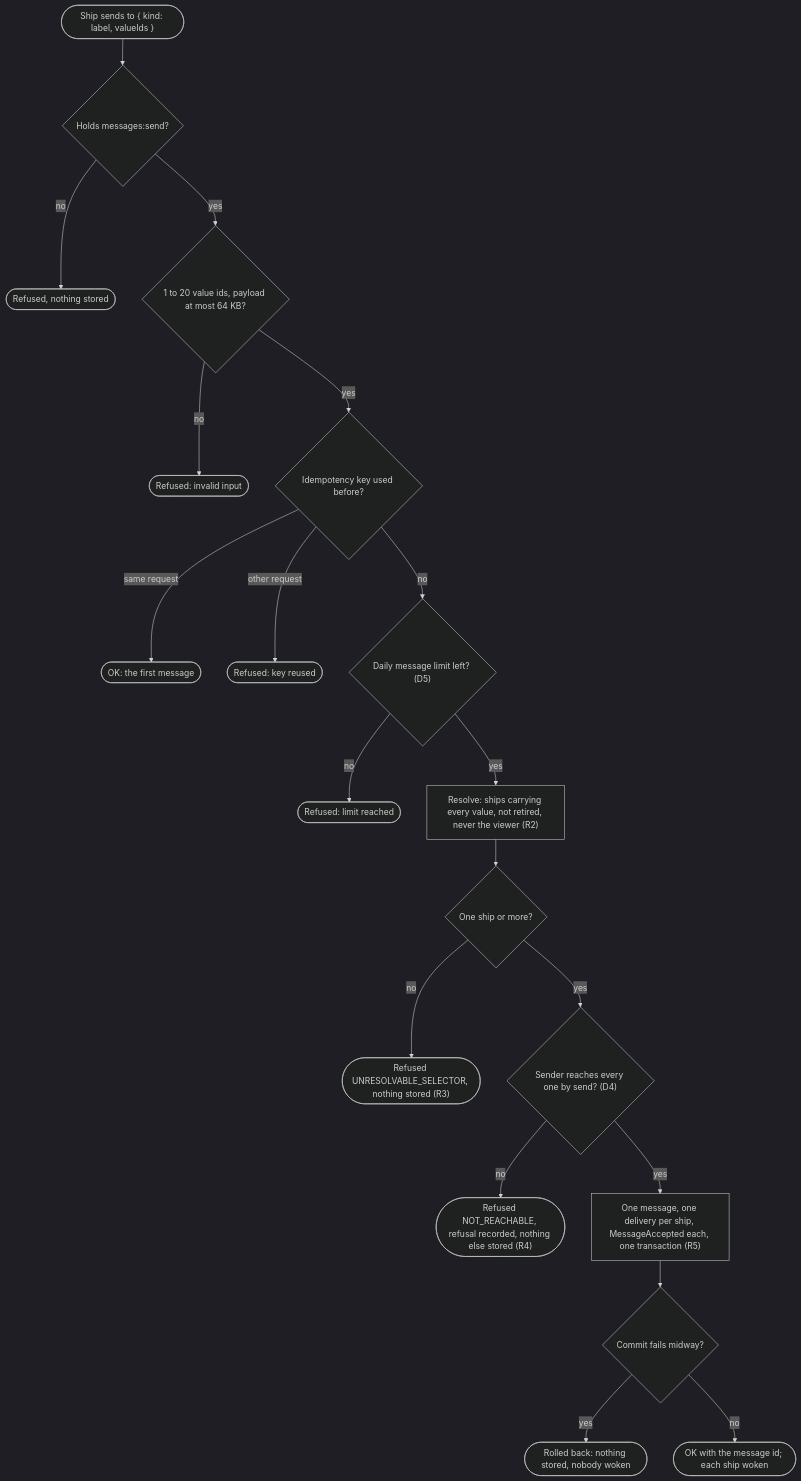
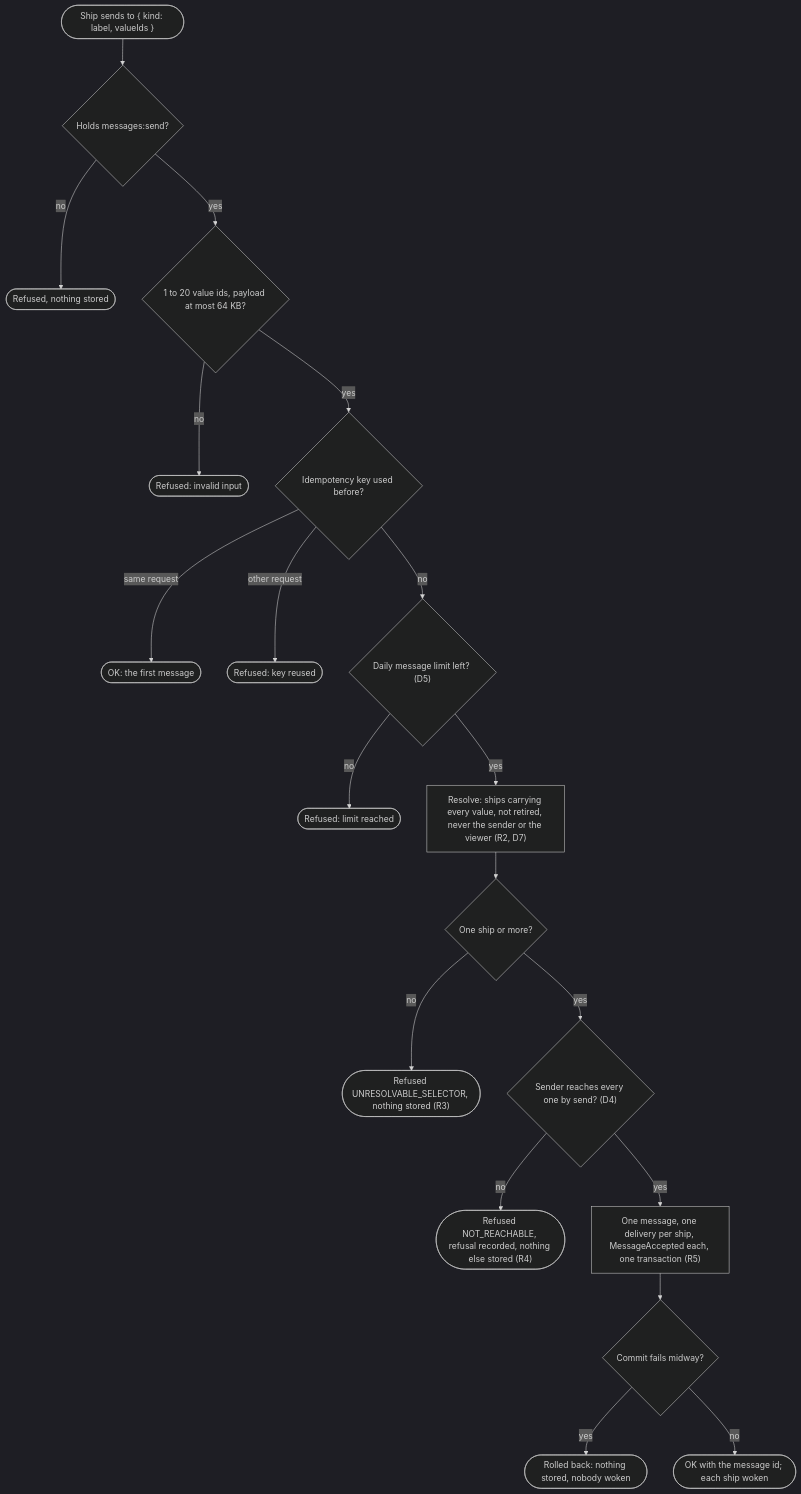
Before and after one commit to ThomasHendrickx/aeolus-fleet: the first of 3 diagrams in docs/design/selector/selector.md, drawn with Mermaid (dark theme). The commit also changed other lines of this file and 1 other file, not shown here.

First line of the commit message:
docs(design): selector D6 and D7, a schedule to a label and never the sender (#976)

````diff
--- a/docs/design/selector/selector.md
+++ b/docs/design/selector/selector.md
@@ -74,21 +76,21 @@
 ```mermaid
 flowchart TD
   send(["Ship sends to { kind: label, valueIds }"]) --> scope{"Holds messages:send?"}
   scope -->|no| r1([Refused, nothing stored])
   scope -->|yes| shape{"1 to 20 value ids, payload at most 64 KB?"}
   shape -->|no| r2([Refused: invalid input])
   shape -->|yes| key{"Idempotency key used before?"}
   key -->|"same request"| first([OK: the first message])
   key -->|"other request"| r3([Refused: key reused])
   key -->|no| limit{"Daily message limit left? (D5)"}
   limit -->|no| r4([Refused: limit reached])
-  limit -->|yes| resolve["Resolve: ships carrying every value, not retired, never the viewer (R2)"]
+  limit -->|yes| resolve["Resolve: ships carrying every value, not retired, never the sender or the viewer (R2, D7)"]
   resolve --> any{"One ship or more?"}
   any -->|no| r5(["Refused UNRESOLVABLE_SELECTOR, nothing stored (R3)"])
   any -->|yes| reach{"Sender reaches every one by send? (D4)"}
   reach -->|no| r6(["Refused NOT_REACHABLE, refusal recorded, nothing else stored (R4)"])
   reach -->|yes| store["One message, one delivery per ship, MessageAccepted each, one transaction (R5)"]
   store --> fail{"Commit fails midway?"}
   fail -->|yes| r7([Rolled back: nothing stored, nobody woken])
   fail -->|no| ok(["OK with the message id; each ship woken"])
 ```
````
